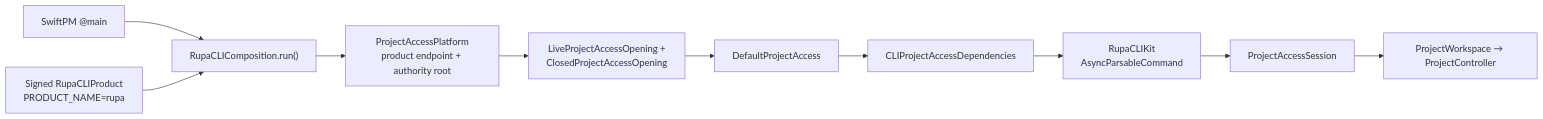
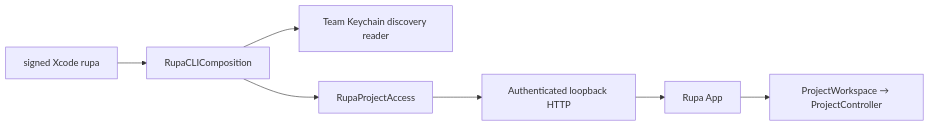
The first of 2 diagrams in RupaKit/Sources/RupaCLIComposition/DESIGN.md (1amageek/Rupa), drawn with Mermaid before and after one commit. The commit also changed other lines of this file and 133 other files, not shown here.

Commit message:
Route external access through the Rupa API

````diff
--- a/RupaKit/Sources/RupaCLIComposition/DESIGN.md
+++ b/RupaKit/Sources/RupaCLIComposition/DESIGN.md
@@ -55,12 +39,9 @@
 ```mermaid
 flowchart LR
-    SwiftPM["SwiftPM @main"] --> Entry["RupaCLIComposition.run()"]
-    Xcode["Signed RupaCLIProduct\nPRODUCT_NAME=rupa"] --> Entry
-    Entry --> Platform["ProjectAccessPlatform\nproduct endpoint + authority root"]
-    Platform --> Openers["LiveProjectAccessOpening +\nClosedProjectAccessOpening"]
-    Openers --> Access["DefaultProjectAccess"]
-    Access --> Dependencies["CLIProjectAccessDependencies"]
-    Dependencies --> CLIKit["RupaCLIKit\nAsyncParsableCommand"]
-    CLIKit --> Session["ProjectAccessSession"]
-    Session --> Workspace["ProjectWorkspace → ProjectController"]
+    Entry["signed Xcode rupa"] --> Composition["RupaCLIComposition"]
+    Composition --> Reader["Team Keychain discovery reader"]
+    Composition --> Access["RupaProjectAccess"]
+    Access --> HTTP["Authenticated loopback HTTP"]
+    HTTP --> App["Rupa App"]
+    App --> Workspace["ProjectWorkspace → ProjectController"]
 ```
````
